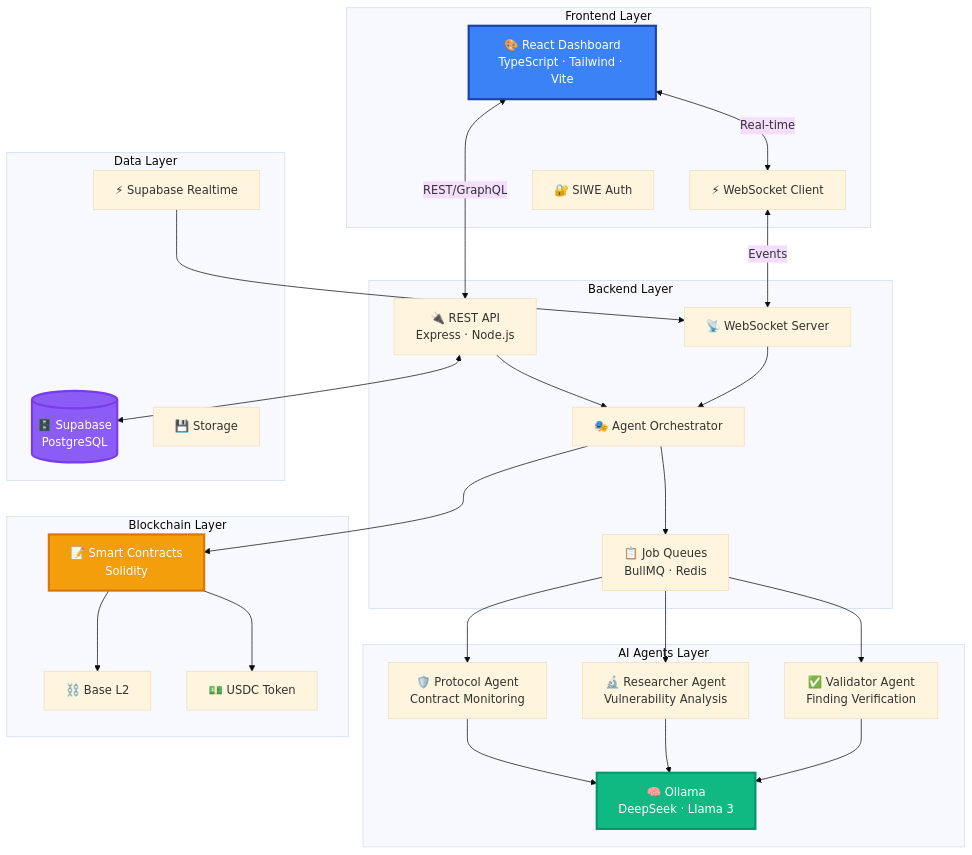
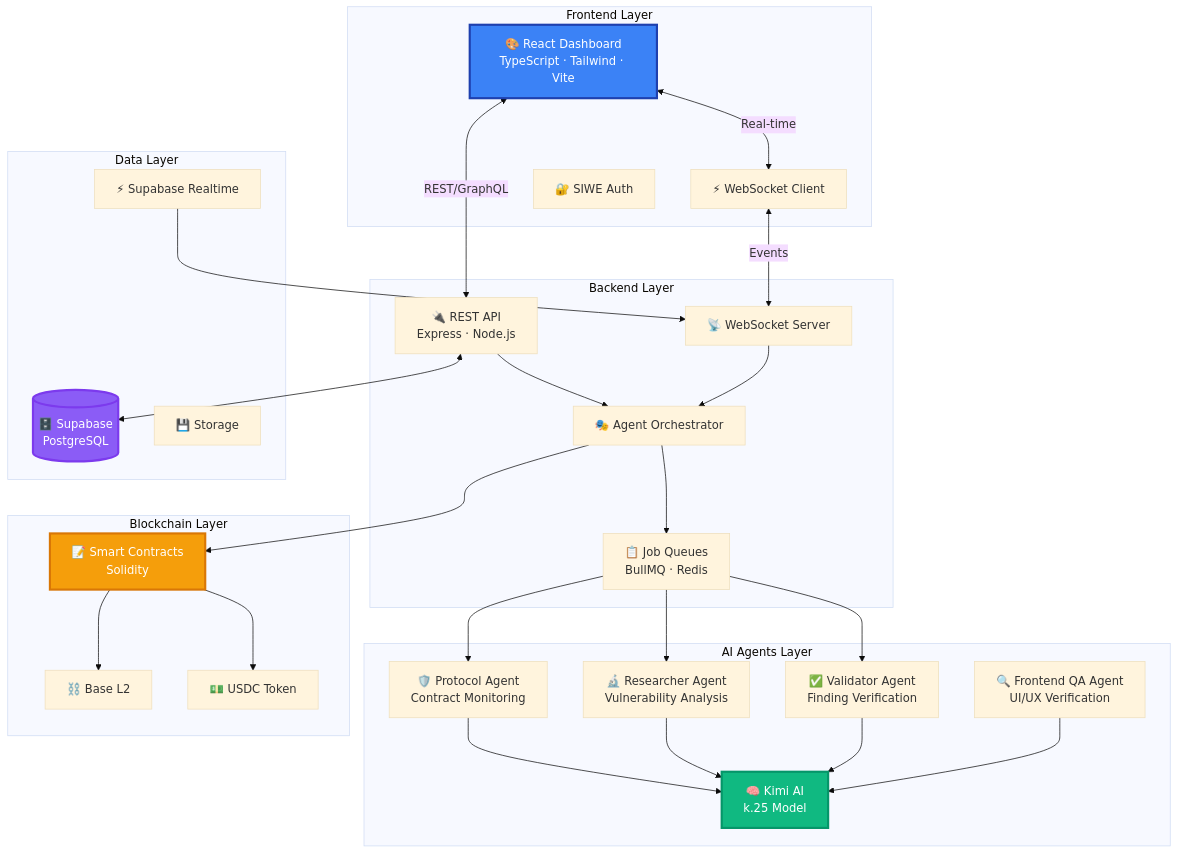
One commit to jul1angr1s/AI_Bug_Bountry_App changed the first of 4 diagrams in README.md. Above: the diagram before and after it, drawn with Mermaid (base theme). The commit also changed other lines of this file, not shown here.

Commit message:
docs: update README.md with Kimi AI integration, Frontend QA Agent, and Apache 2.0 license

````diff
--- a/README.md
+++ b/README.md
@@ -147,62 +156,64 @@
 ```mermaid
 graph TB
     subgraph "Frontend Layer"
         UI[🎨 React Dashboard<br/>TypeScript · Tailwind · Vite]
         WS_CLIENT[⚡ WebSocket Client]
         AUTH[🔐 SIWE Auth]
     end
 
     subgraph "Backend Layer"
         API[🔌 REST API<br/>Express · Node.js]
         WS_SERVER[📡 WebSocket Server]
         QUEUE[📋 Job Queues<br/>BullMQ · Redis]
         ORCHESTRATOR[🎭 Agent Orchestrator]
     end
 
     subgraph "AI Agents Layer"
         PROTOCOL[🛡️ Protocol Agent<br/>Contract Monitoring]
         RESEARCHER[🔬 Researcher Agent<br/>Vulnerability Analysis]
         VALIDATOR[✅ Validator Agent<br/>Finding Verification]
-        OLLAMA[🧠 Ollama<br/>DeepSeek · Llama 3]
+        QA[🔍 Frontend QA Agent<br/>UI/UX Verification]
+        KIMI[🧠 Kimi AI<br/>k.25 Model]
     end
 
     subgraph "Data Layer"
         DB[(🗄️ Supabase<br/>PostgreSQL)]
         REALTIME[⚡ Supabase Realtime]
         STORAGE[💾 Storage]
     end
 
     subgraph "Blockchain Layer"
         CONTRACTS[📝 Smart Contracts<br/>Solidity]
         BASE[⛓️ Base L2]
         USDC[💵 USDC Token]
     end
 
     UI <-->|REST/GraphQL| API
     UI <-->|Real-time| WS_CLIENT
     WS_CLIENT <-->|Events| WS_SERVER
 
     API --> ORCHESTRATOR
     WS_SERVER --> ORCHESTRATOR
     ORCHESTRATOR --> QUEUE
 
     QUEUE --> PROTOCOL
     QUEUE --> RESEARCHER
     QUEUE --> VALIDATOR
 
-    PROTOCOL --> OLLAMA
-    RESEARCHER --> OLLAMA
-    VALIDATOR --> OLLAMA
+    PROTOCOL --> KIMI
+    RESEARCHER --> KIMI
+    VALIDATOR --> KIMI
+    QA --> KIMI
 
     API <--> DB
     REALTIME --> WS_SERVER
 
     ORCHESTRATOR --> CONTRACTS
     CONTRACTS --> BASE
     CONTRACTS --> USDC
 
     style UI fill:#3B82F6,stroke:#1E40AF,stroke-width:3px,color:#fff
-    style OLLAMA fill:#10B981,stroke:#059669,stroke-width:3px,color:#fff
+    style KIMI fill:#10B981,stroke:#059669,stroke-width:3px,color:#fff
     style CONTRACTS fill:#F59E0B,stroke:#D97706,stroke-width:3px,color:#fff
     style DB fill:#8B5CF6,stroke:#7C3AED,stroke-width:3px,color:#fff
 ```
````
